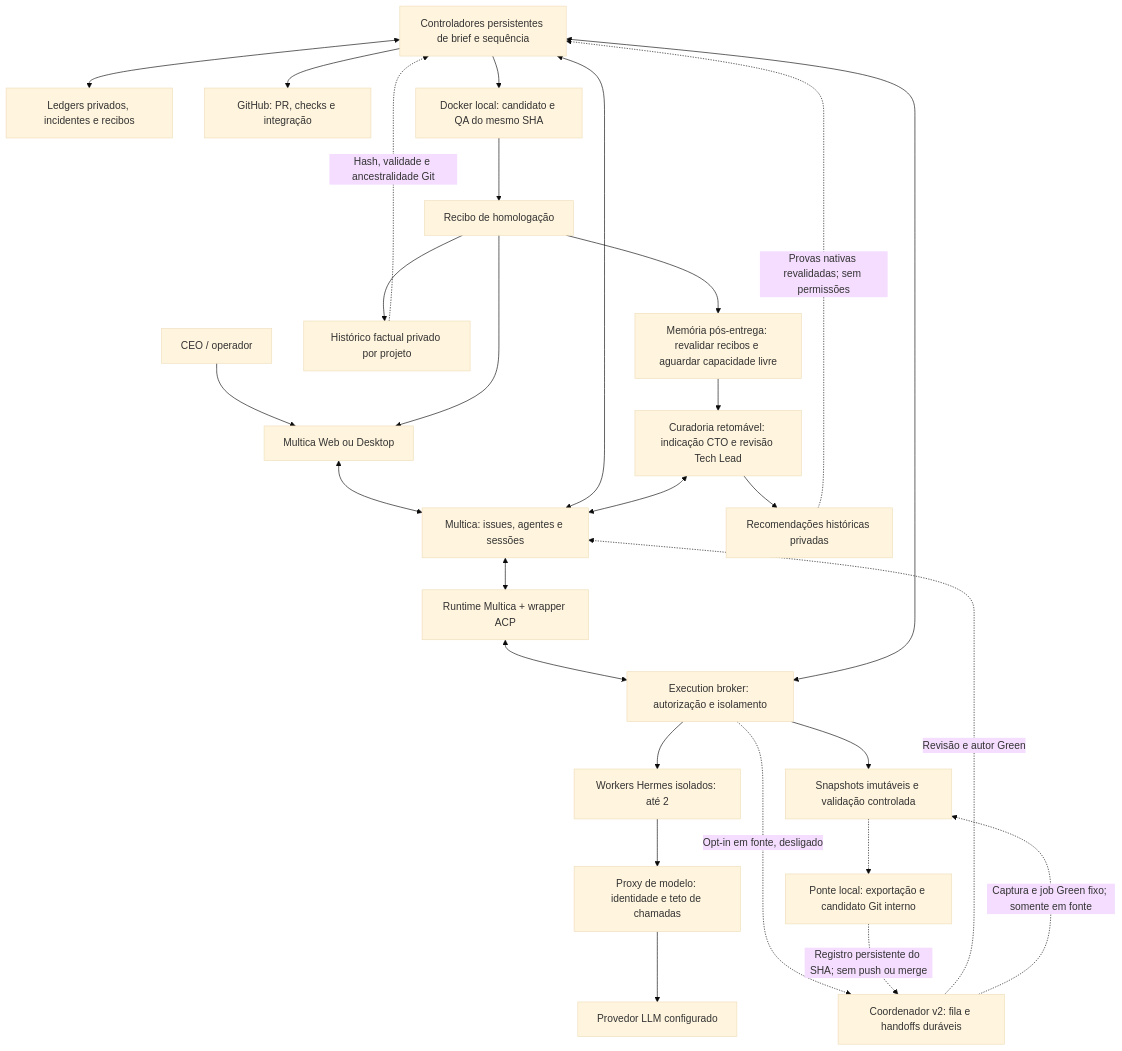
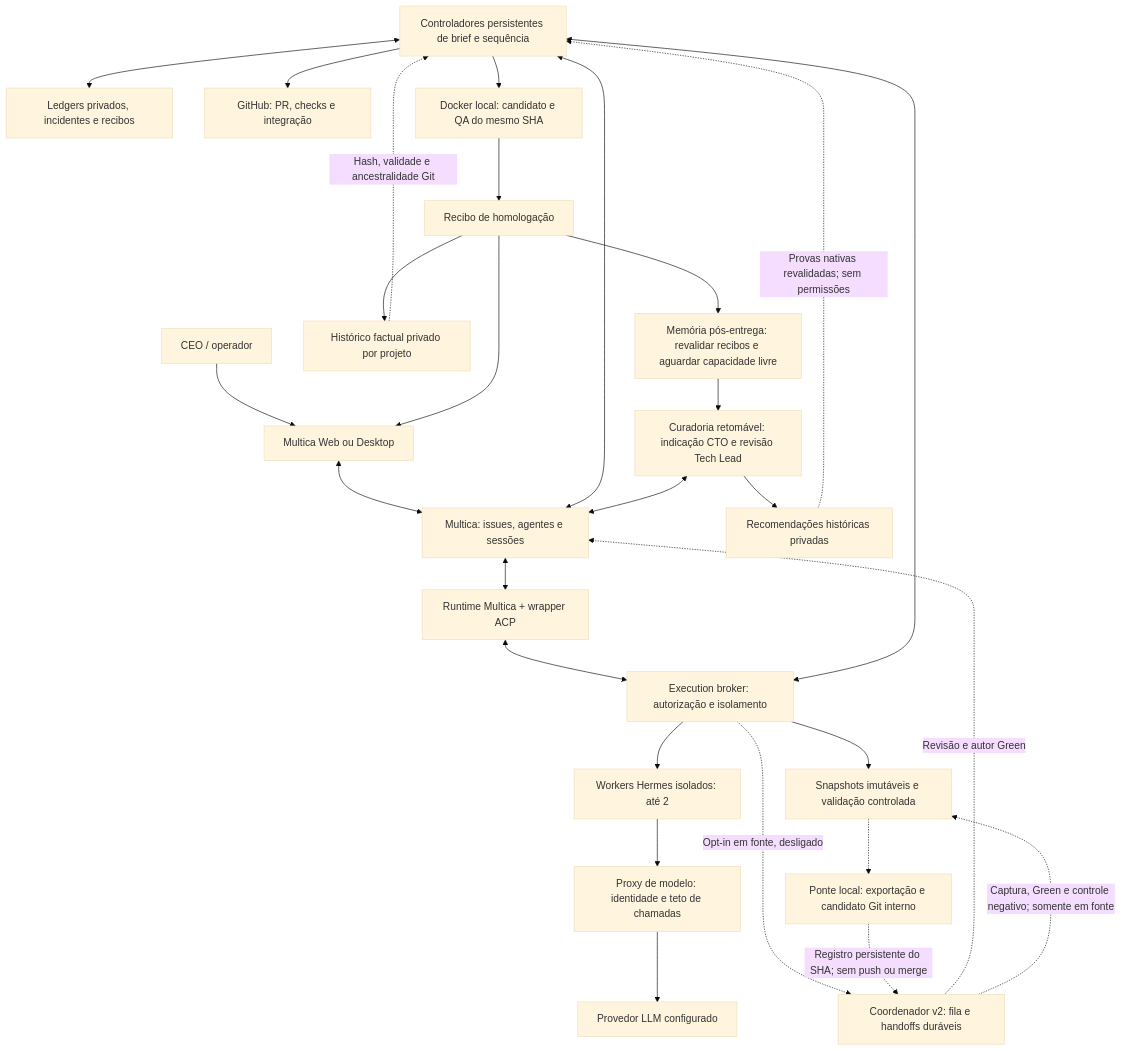
Before and after one commit to codifydeep/fabriquinha: the first of 8 diagrams in README.md, drawn with Mermaid (base theme). The commit also changed other lines of this file and 18 other files, not shown here.

````diff
--- a/README.md
+++ b/README.md
@@ -348,30 +360,30 @@
 ```mermaid
 flowchart TB
     CEO[CEO / operador] --> UI[Multica Web ou Desktop]
     UI <--> MC[Multica: issues, agentes e sessões]
     MC <--> RT[Runtime Multica + wrapper ACP]
     RT <--> B[Execution broker: autorização e isolamento]
     S[Controladores persistentes de brief e sequência] <--> MC
     S <--> B
     S <--> L[Ledgers privados, incidentes e recibos]
     B --> W[Workers Hermes isolados: até 2]
     W --> P[Proxy de modelo: identidade e teto de chamadas]
     P --> M[Provedor LLM configurado]
     B --> E[Snapshots imutáveis e validação controlada]
     B -.->|Opt-in em fonte, desligado| V2[Coordenador v2: fila e handoffs duráveis]
     V2 -.->|Revisão e autor Green| MC
-    V2 -.->|Captura e job Green fixo; somente em fonte| E
+    V2 -.->|Captura, Green e controle negativo; somente em fonte| E
     E -.-> GX[Ponte local: exportação e candidato Git interno]
     GX -.->|Registro persistente do SHA; sem push ou merge| V2
     S --> GH[GitHub: PR, checks e integração]
     S --> QA[Docker local: candidato e QA do mesmo SHA]
     QA --> R[Recibo de homologação]
     R --> UI
     R --> HF[Histórico factual privado por projeto]
     HF -.->|Hash, validade e ancestralidade Git| S
     R --> MQ[Memória pós-entrega: revalidar recibos e aguardar capacidade livre]
     MQ --> C[Curadoria retomável: indicação CTO e revisão Tech Lead]
     C <--> MC
     C --> K[Recomendações históricas privadas]
     K -.->|Provas nativas revalidadas; sem permissões| S
 ```
````
